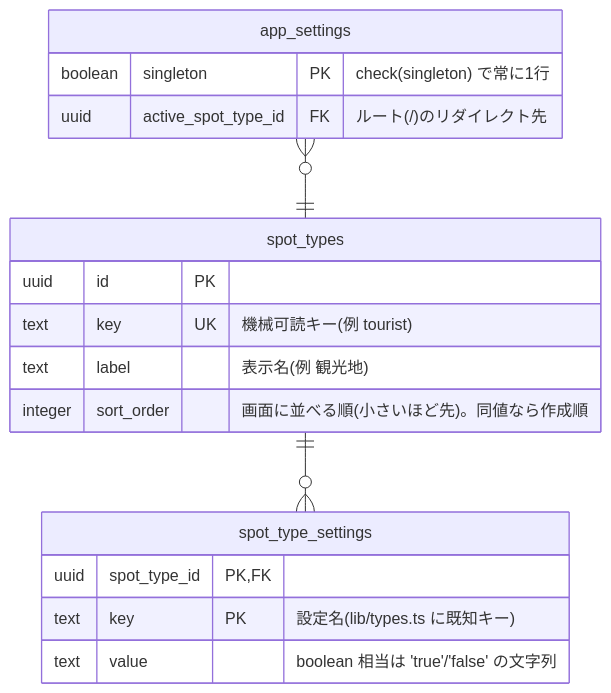
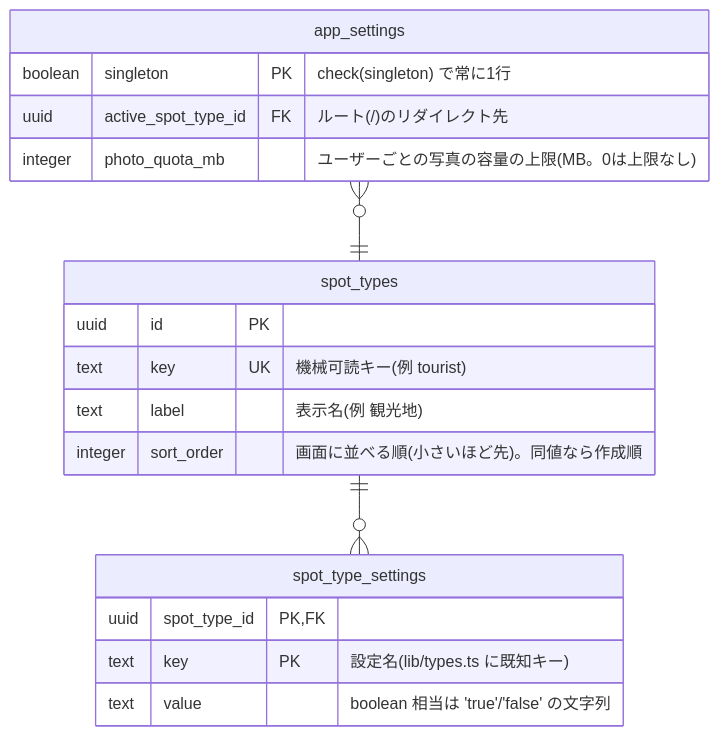
One commit to rtcode337/travel-log changed the second of 5 diagrams in docs/database.md. Above: the diagram before and after it, drawn with Mermaid. The commit also changed other lines of this file and 16 other files, not shown here.

````diff
--- a/docs/database.md
+++ b/docs/database.md
@@ -88,20 +88,21 @@
 ```mermaid
 erDiagram
     spot_types {
         uuid id PK
         text key UK "機械可読キー(例 tourist)"
         text label "表示名(例 観光地)"
         integer sort_order "画面に並べる順(小さいほど先)。同値なら作成順"
     }
     spot_type_settings {
         uuid spot_type_id PK, FK
         text key PK "設定名(lib/types.ts に既知キー)"
         text value "boolean 相当は 'true'/'false' の文字列"
     }
     app_settings {
         boolean singleton PK "check(singleton) で常に1行"
         uuid active_spot_type_id FK "ルート(/)のリダイレクト先"
+        integer photo_quota_mb "ユーザーごとの写真の容量の上限(MB。0は上限なし)"
     }
     spot_types ||--o{ spot_type_settings : ""
     app_settings }o--|| spot_types : ""
 ```
````
